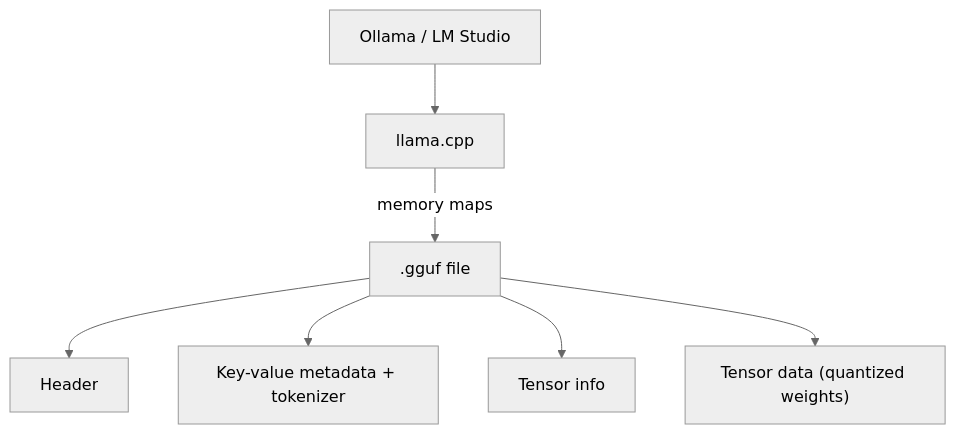
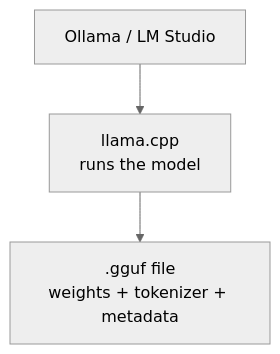
Before and after one commit to kaisarnajar/outcome-school-blogs: the second of 2 diagrams in notes/step-12-llm-inference-engineering/159-how-does-gguf-work.md, drawn with Mermaid (neutral theme). The commit also changed other lines of this file and 233 other files, not shown here.

````diff
--- a/notes/step-12-llm-inference-engineering/159-how-does-gguf-work.md
+++ b/notes/step-12-llm-inference-engineering/159-how-does-gguf-work.md
@@ -48,9 +58,5 @@
 ```mermaid
 flowchart TD
-    A["Ollama / LM Studio"] --> B["llama.cpp"]
-    B -->|"memory maps"| C[".gguf file"]
-    C --> D["Header"]
-    C --> E["Key-value metadata + tokenizer"]
-    C --> F["Tensor info"]
-    C --> G["Tensor data (quantized weights)"]
+    A1["Ollama / LM Studio"] --> L1["llama.cpp<br/>runs the model"]
+    L1 --> F1[".gguf file<br/>weights + tokenizer + metadata"]
 ```
````
